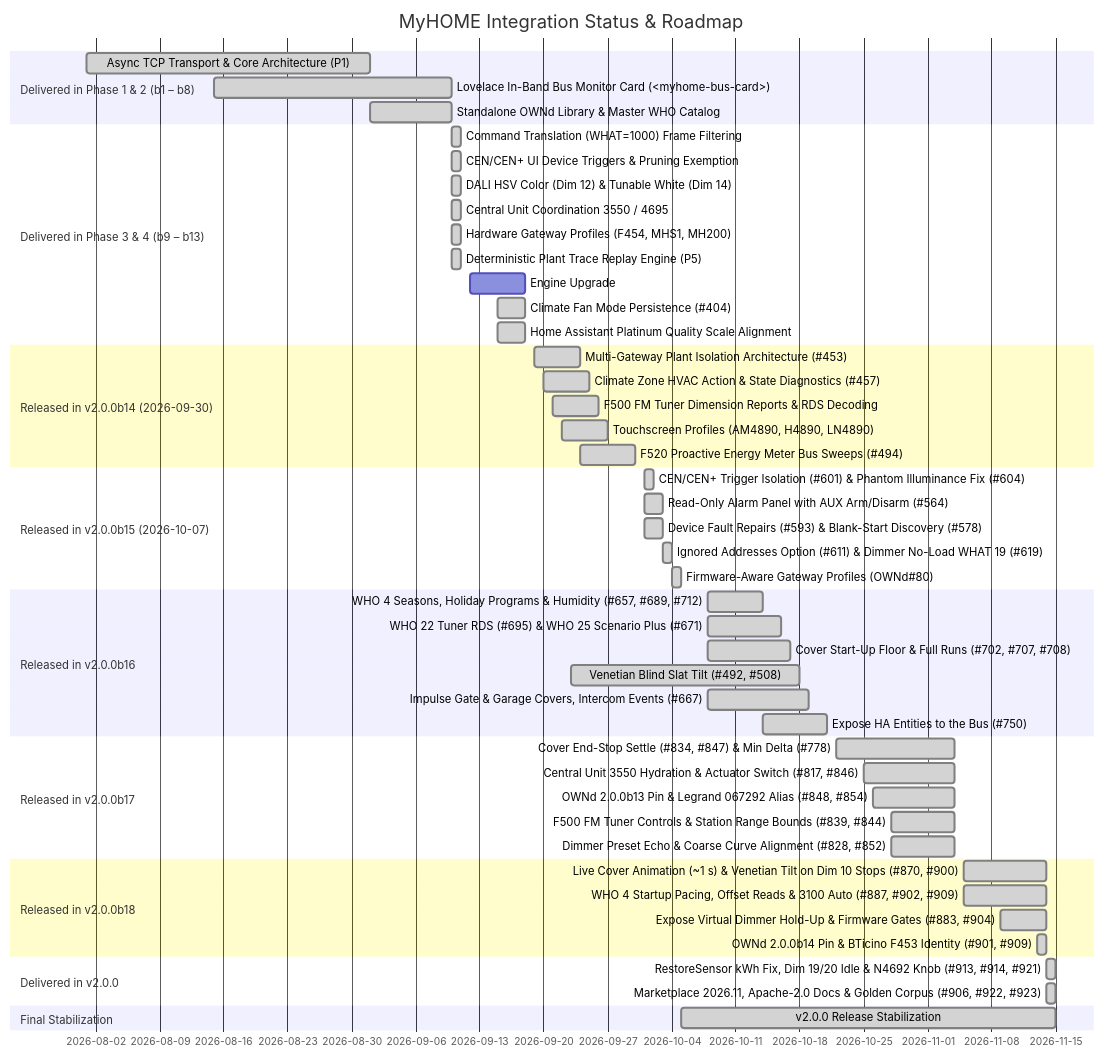
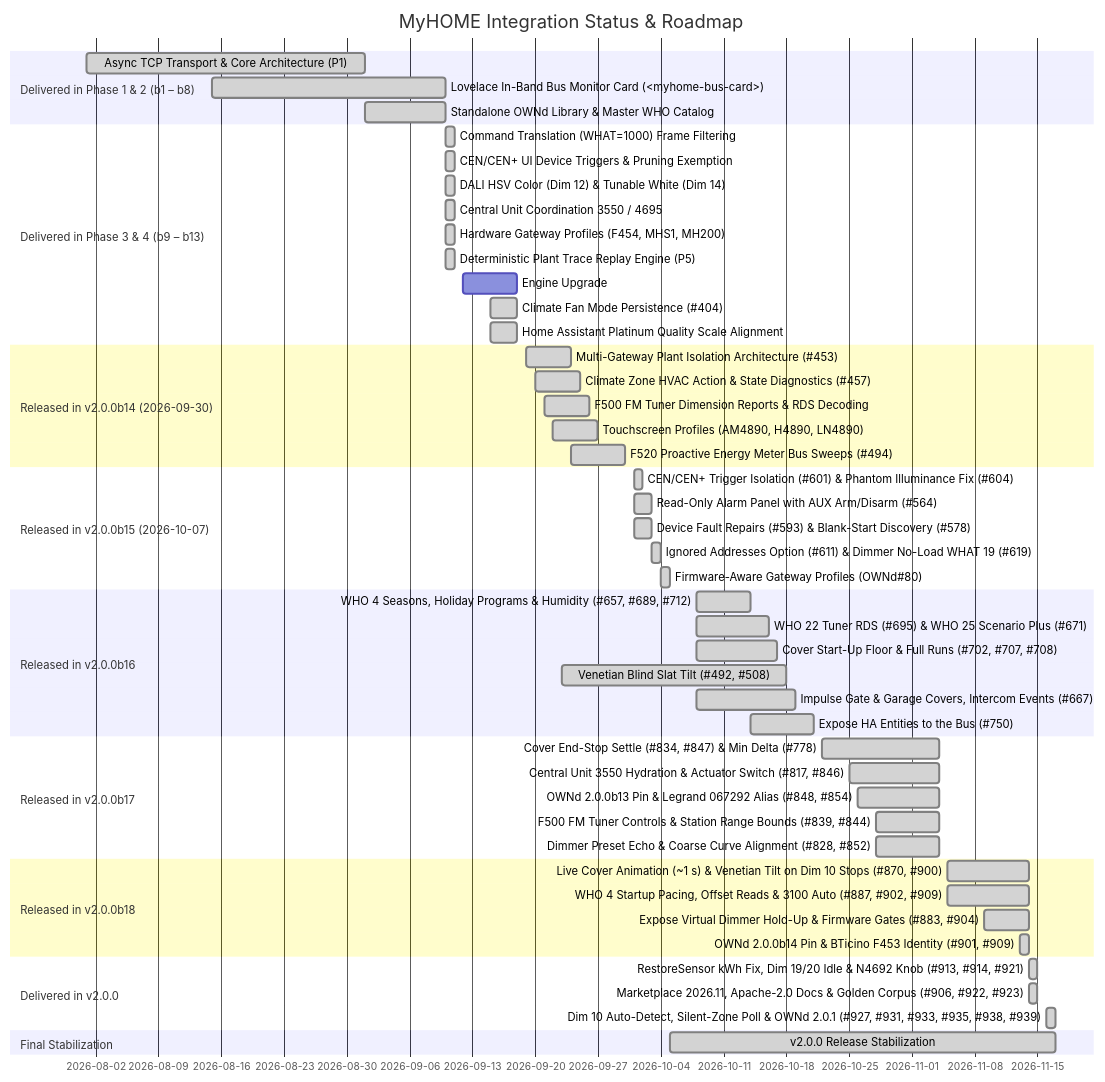
Before and after one commit to OpenWebNet-HA/MyHOME: the first of 3 diagrams in docs/roadmap.md, drawn with Mermaid. The commit also changed other lines of this file and 6 other files, not shown here.

Commit message:
chore(release): bump OWNd pin to 2.0.1 and update v2.0.0 release notes/docs

````diff
--- a/docs/roadmap.md
+++ b/docs/roadmap.md
@@ -16,54 +16,55 @@
 ```mermaid
 gantt
     title MyHOME Integration Status & Roadmap
     dateFormat  YYYY-MM-DD
     section Delivered in Phase 1 & 2 (b1 – b8)
     Async TCP Transport & Core Architecture (P1)     :done, 2026-08-01, 2026-09-01
     Lovelace In-Band Bus Monitor Card (<myhome-bus-card>) :done, 2026-08-15, 2026-09-10
     Standalone OWNd Library & Master WHO Catalog     :done, 2026-09-01, 2026-09-10
     section Delivered in Phase 3 & 4 (b9 – b13)
     Command Translation (WHAT=1000) Frame Filtering   :done, 2026-09-10, 2026-09-11
     CEN/CEN+ UI Device Triggers & Pruning Exemption  :done, 2026-09-10, 2026-09-11
     DALI HSV Color (Dim 12) & Tunable White (Dim 14) :done, 2026-09-10, 2026-09-11
     Central Unit Coordination 3550 / 4695            :done, 2026-09-10, 2026-09-11
     Hardware Gateway Profiles (F454, MHS1, MH200)   :done, 2026-09-10, 2026-09-11
     Deterministic Plant Trace Replay Engine (P5)     :done, 2026-09-10, 2026-09-11
     Engine Upgrade: OWNd 2.0.0b8 (HMAC SHA-1/SHA-256) :done, 2026-09-12, 2026-09-18
     Climate Fan Mode Persistence (#404)              :done, 2026-09-15, 2026-09-18
     Home Assistant Platinum Quality Scale Alignment  :done, 2026-09-15, 2026-09-18
     section Released in v2.0.0b14 (2026-09-30)
     Multi-Gateway Plant Isolation Architecture (#453) :done, 2026-09-19, 2026-09-24
     Climate Zone HVAC Action & State Diagnostics (#457) :done, 2026-09-20, 2026-09-25
     F500 FM Tuner Dimension Reports & RDS Decoding   :done, 2026-09-21, 2026-09-26
     Touchscreen Profiles (AM4890, H4890, LN4890)     :done, 2026-09-22, 2026-09-27
     F520 Proactive Energy Meter Bus Sweeps (#494)    :done, 2026-09-24, 2026-09-30
     section Released in v2.0.0b15 (2026-10-07)
     CEN/CEN+ Trigger Isolation (#601) & Phantom Illuminance Fix (#604) :done, 2026-10-01, 2026-10-02
     Read-Only Alarm Panel with AUX Arm/Disarm (#564)  :done, 2026-10-01, 2026-10-03
     Device Fault Repairs (#593) & Blank-Start Discovery (#578) :done, 2026-10-01, 2026-10-03
     Ignored Addresses Option (#611) & Dimmer No-Load WHAT 19 (#619) :done, 2026-10-03, 2026-10-04
     Firmware-Aware Gateway Profiles (OWNd#80)         :done, 2026-10-04, 2026-10-05
     section Released in v2.0.0b16
     WHO 4 Seasons, Holiday Programs & Humidity (#657, #689, #712) :done, 2026-10-08, 2026-10-14
     WHO 22 Tuner RDS (#695) & WHO 25 Scenario Plus (#671) :done, 2026-10-08, 2026-10-16
     Cover Start-Up Floor & Full Runs (#702, #707, #708) :done, 2026-10-08, 2026-10-17
     Venetian Blind Slat Tilt (#492, #508)             :done, 2026-09-23, 2026-10-18
     Impulse Gate & Garage Covers, Intercom Events (#667) :done, 2026-10-08, 2026-10-19
     Expose HA Entities to the Bus (#750)              :done, 2026-10-14, 2026-10-21
     section Released in v2.0.0b17
     Cover End-Stop Settle (#834, #847) & Min Delta (#778) :done, 2026-10-22, 2026-11-04
     Central Unit 3550 Hydration & Actuator Switch (#817, #846) :done, 2026-10-25, 2026-11-04
     OWNd 2.0.0b13 Pin & Legrand 067292 Alias (#848, #854) :done, 2026-10-26, 2026-11-04
     F500 FM Tuner Controls & Station Range Bounds (#839, #844) :done, 2026-10-28, 2026-11-04
     Dimmer Preset Echo & Coarse Curve Alignment (#828, #852) :done, 2026-10-28, 2026-11-04
     section Released in v2.0.0b18
     Live Cover Animation (~1 s) & Venetian Tilt on Dim 10 Stops (#870, #900) :done, 2026-11-05, 2026-11-14
     WHO 4 Startup Pacing, Offset Reads & 3100 Auto (#887, #902, #909) :done, 2026-11-05, 2026-11-14
     Expose Virtual Dimmer Hold-Up & Firmware Gates (#883, #904) :done, 2026-11-09, 2026-11-14
     OWNd 2.0.0b14 Pin & BTicino F453 Identity (#901, #909) :done, 2026-11-13, 2026-11-14
     section Delivered in v2.0.0
     RestoreSensor kWh Fix, Dim 19/20 Idle & N4692 Knob (#913, #914, #921) :done, 2026-11-14, 2026-11-15
     Marketplace 2026.11, Apache-2.0 Docs & Golden Corpus (#906, #922, #923) :done, 2026-11-14, 2026-11-15
+    Dim 10 Auto-Detect, Silent-Zone Poll & OWNd 2.0.1 (#927, #931, #933, #935, #938, #939) :done, 2026-11-16, 2026-11-17
     section Final Stabilization
-    v2.0.0 Release Stabilization :done, 2026-10-05, 2026-11-15
+    v2.0.0 Release Stabilization :done, 2026-10-05, 2026-11-17
 ```
````
